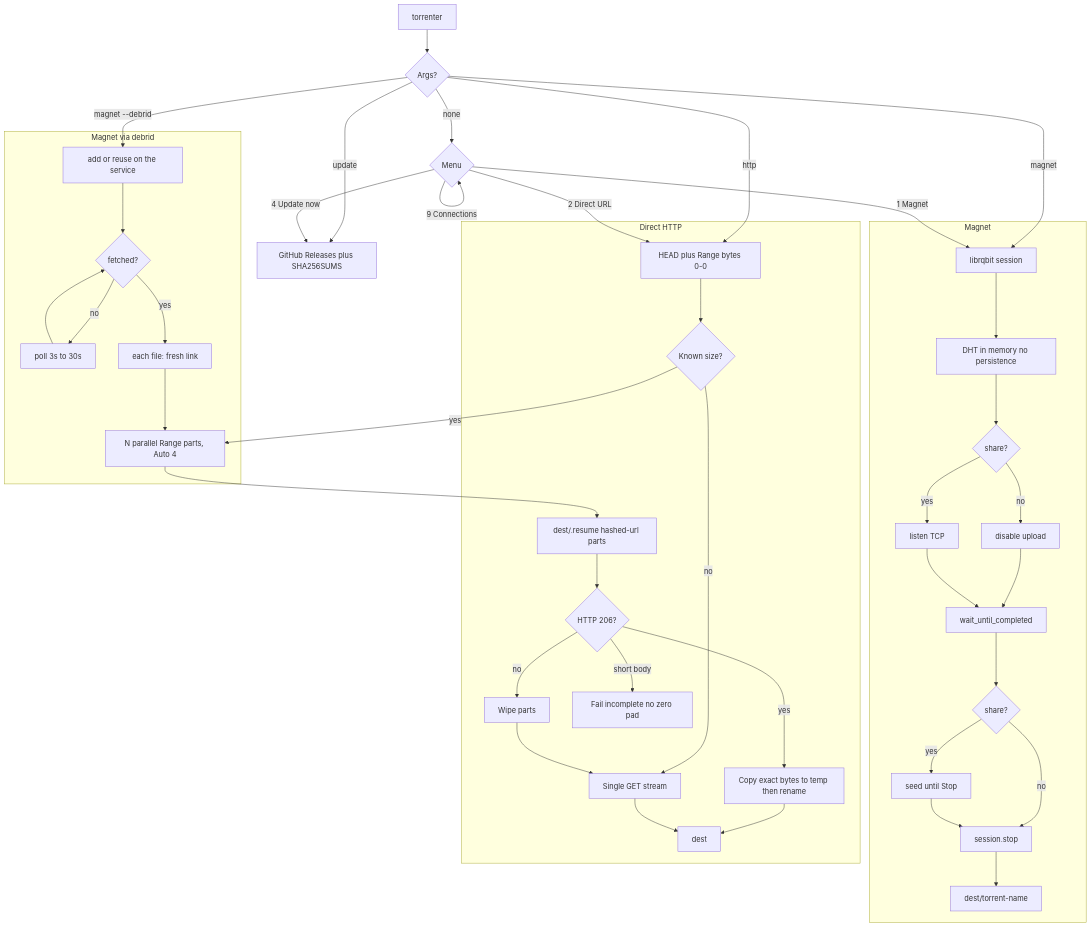
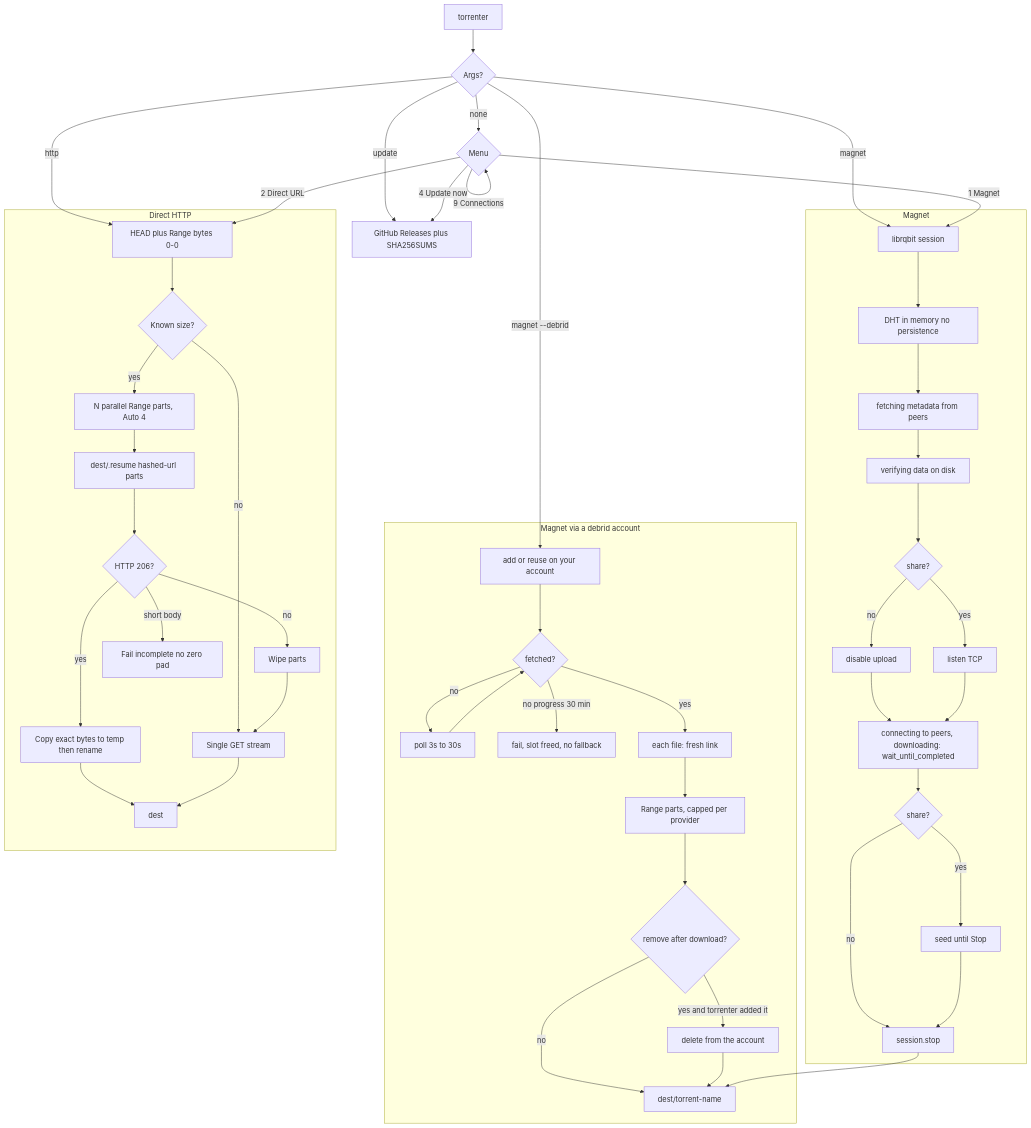
The diagram in README.md (danted4/torrenter), drawn with Mermaid before and after one commit. The commit also changed other lines of this file, not shown here.

Commit message:
Bring the README chart and mobile sections up to date for debrid.
The chart's debrid branch now shows the account, the 30-minute stall
failure, remove-after-download and the torrent-name folder; the magnet
branch shows fetching metadata, verifying and connecting. Android and
iOS describe the settings chips, the back arrow, the route dropdown
and per-account key storage.

Claude-Session: https://claude.ai/code/session_01Euju6VW2j8LRbUCCE4G8nv

````diff
--- a/README.md
+++ b/README.md
@@ -287,59 +287,66 @@
 ```mermaid
 flowchart TD
   start[torrenter] --> entry{Args?}
   entry -->|none| menu{Menu}
   entry -->|magnet| torrent
   entry -->|magnet --debrid| debridAdd
   entry -->|http| httpStart
   entry -->|update| updater
   menu -->|1 Magnet| torrent
   menu -->|2 Direct URL| httpStart
   menu -->|3 Toggle auto-update| menu
   menu -->|4 Update now| updater
   menu -->|5 Toggle seed| menu
   menu -->|6 Change download folder| menu
-  menu -->|7 Debrid route| menu
+  menu -->|7 Debrid route, next account| menu
   menu -->|8 Debrid accounts| menu
   menu -->|9 Connections| menu
 
-  subgraph debridFlow [Magnet via debrid]
-    debridAdd[add or reuse on the service]
+  subgraph debridFlow [Magnet via a debrid account]
+    debridAdd[add or reuse on your account]
     debridAdd --> fetch{fetched?}
     fetch -->|no| poll[poll 3s to 30s] --> fetch
+    fetch -->|no progress 30 min| stalled["fail, slot freed, no fallback"]
     fetch -->|yes| files[each file: fresh link]
-    files --> parts
+    files --> debridParts["Range parts, capped per provider"]
+    debridParts --> removeAfter{remove after download?}
+    removeAfter -->|yes and torrenter added it| deleteRemote[delete from the account]
+    removeAfter -->|no| magnetDir
+    deleteRemote --> magnetDir
   end
 
   subgraph magnetFlow [Magnet]
     torrent[librqbit session]
     torrent --> dht[DHT in memory no persistence]
-    dht --> upload{share?}
+    dht --> metadata[fetching metadata from peers]
+    metadata --> verify[verifying data on disk]
+    verify --> upload{share?}
     upload -->|no| leech[disable upload]
     upload -->|yes| listen[listen TCP]
-    leech --> waitComplete[wait_until_completed]
+    leech --> waitComplete["connecting to peers, downloading: wait_until_completed"]
     listen --> waitComplete
     waitComplete --> after{share?}
     after -->|no| stopSession[session.stop]
     after -->|yes| seedUntilStop[seed until Stop]
     seedUntilStop --> stopSession
     stopSession --> magnetDir
   end
 
   subgraph httpFlow [Direct HTTP]
     httpStart[HEAD plus Range bytes 0-0]
     httpStart --> sized{Known size?}
     sized -->|no| single[Single GET stream]
     sized -->|yes| parts[N parallel Range parts, Auto 4]
     parts --> resumeDir["dest/.resume hashed-url parts"]
     resumeDir --> honor{"HTTP 206?"}
     honor -->|no| wipe[Wipe parts] --> single
     honor -->|short body| fail[Fail incomplete no zero pad]
     honor -->|yes| merge[Copy exact bytes to temp then rename]
     merge --> httpDir
     single --> httpDir
   end
 
   magnetDir["dest/torrent-name"]
   httpDir["dest"]
   updater[GitHub Releases plus SHA256SUMS]
 ```
````
